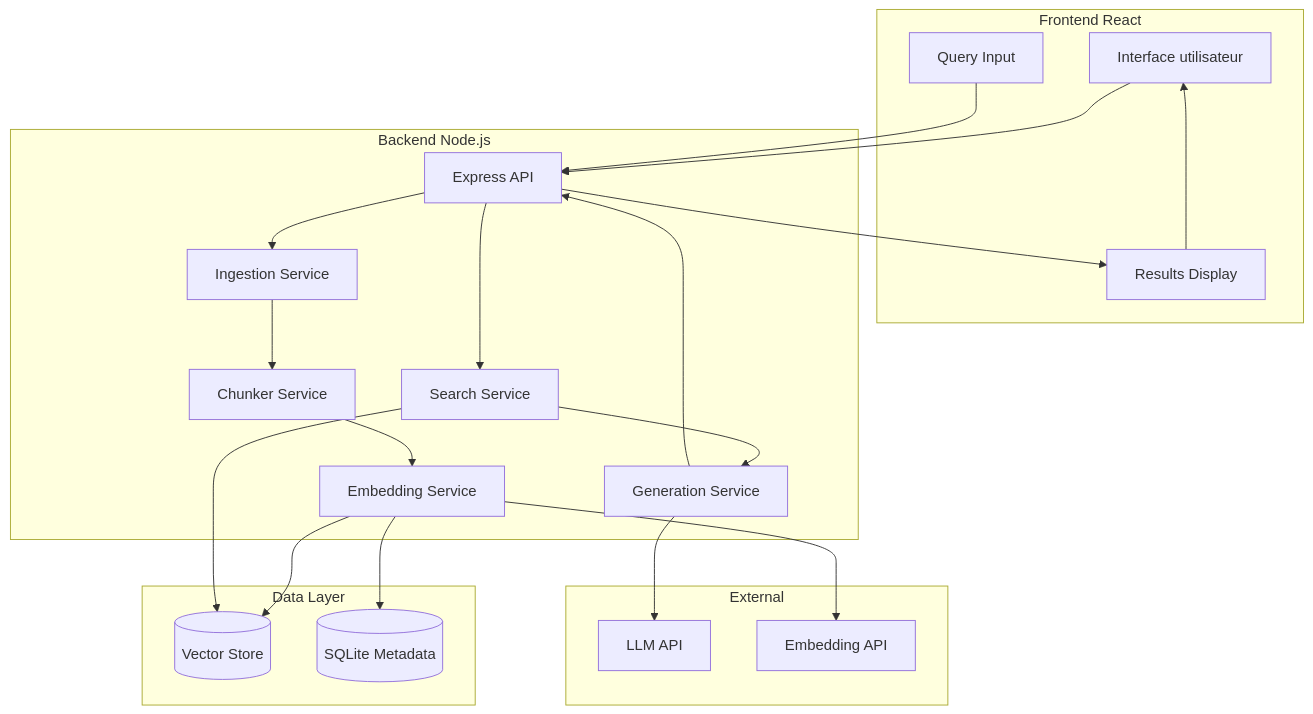
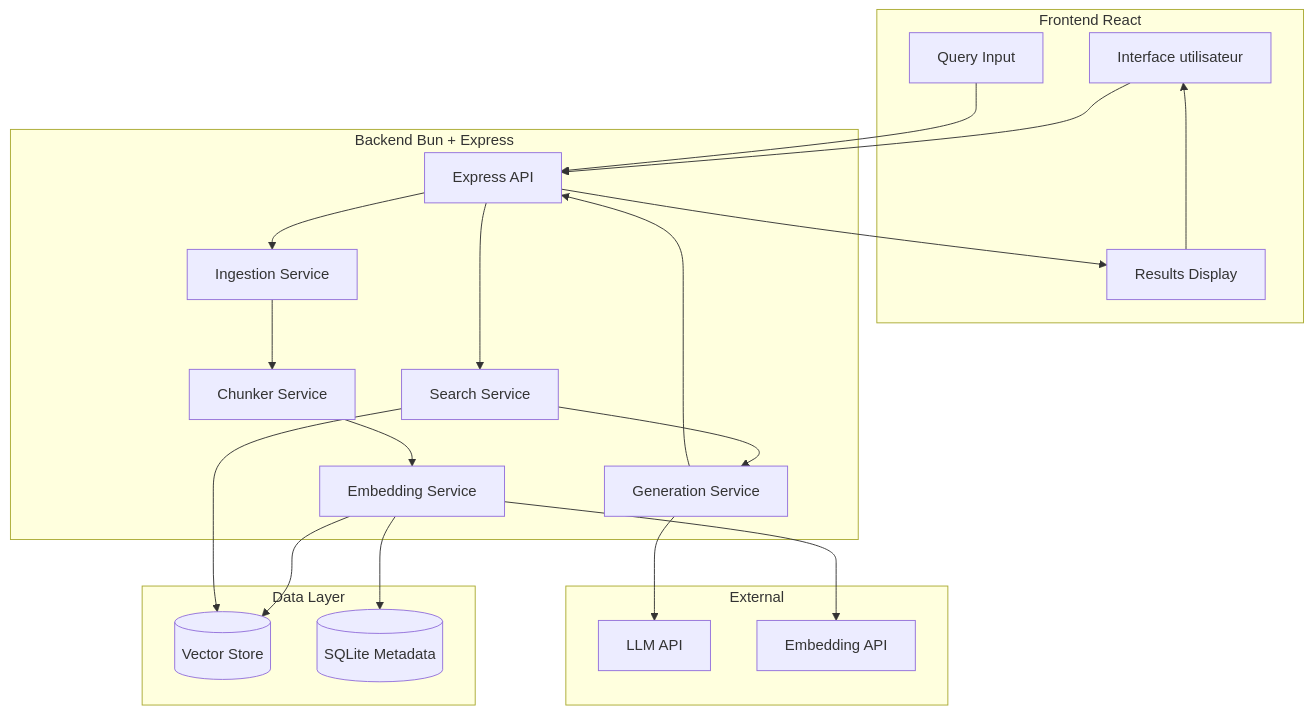
The first of 2 diagrams in docs/04-decisions-architectures.md (jlg-formation/gia-janv-2026), drawn with Mermaid before and after one commit. The commit also changed other lines of this file and 6 other files, not shown here.

First line of the commit message:
feat: Update CI/CD pipeline to use Bun as the runtime, replacing Node.js/npm

````diff
--- a/docs/04-decisions-architectures.md
+++ b/docs/04-decisions-architectures.md
@@ -9,34 +9,34 @@
 ```mermaid
 graph TB
     subgraph "Frontend React"
         UI[Interface utilisateur]
         QUERY[Query Input]
         RESULTS[Results Display]
     end
-    subgraph "Backend Node.js"
+    subgraph "Backend Bun + Express"
         API[Express API]
         INGEST[Ingestion Service]
         CHUNK[Chunker Service]
         EMBED[Embedding Service]
         SEARCH[Search Service]
         GEN[Generation Service]
     end
     subgraph "Data Layer"
         VSTORE[(Vector Store)]
         META[(SQLite Metadata)]
     end
     subgraph "External"
         LLM[LLM API]
         EMBEDAPI[Embedding API]
     end
 
     UI --> API
     QUERY --> API
     API --> INGEST --> CHUNK --> EMBED --> VSTORE
     EMBED --> META
     API --> SEARCH --> VSTORE
     SEARCH --> GEN --> LLM
     EMBED --> EMBEDAPI
     RESULTS --> UI
     GEN --> API --> RESULTS
 ```
````
